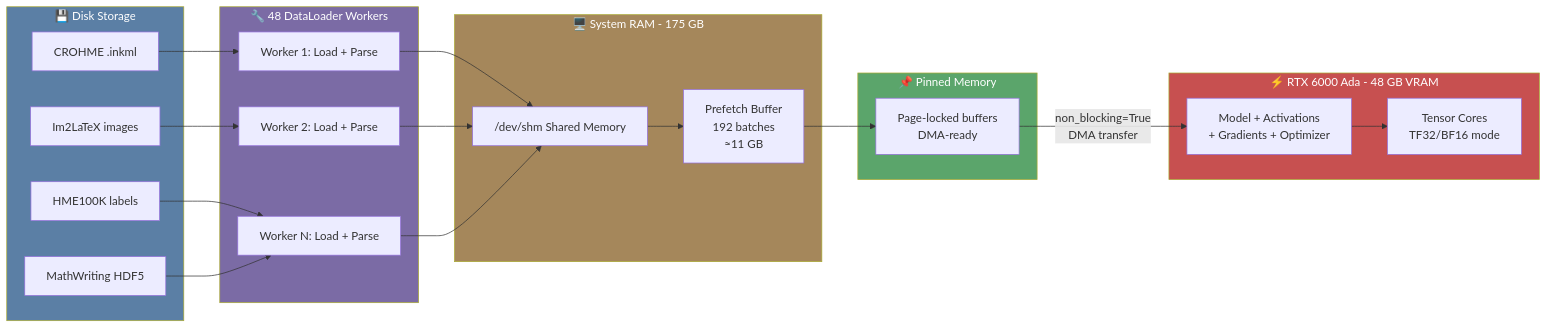
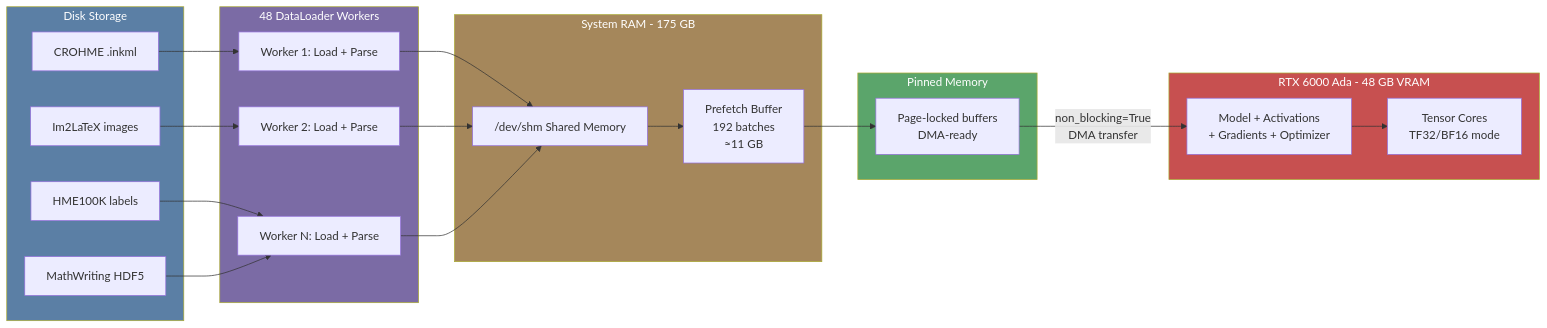
Before and after one commit to Vtheonly/Obsidian_Notes: the diagram in AI/Projects/TAMER Project/TAMER 2/Chapter 9 - Training Infrastructure and Techniques/7. Hardware Optimization and GPU Utilization.md, drawn with Mermaid. The commit also changed 148 other files, not shown here.

````diff
--- a/AI/Projects/TAMER Project/TAMER 2/Chapter 9 - Training Infrastructure and Techniques/7. Hardware Optimization and GPU Utilization.md
+++ b/AI/Projects/TAMER Project/TAMER 2/Chapter 9 - Training Infrastructure and Techniques/7. Hardware Optimization and GPU Utilization.md
@@ -134,49 +134,49 @@
 ```mermaid
 flowchart LR
-    subgraph Disk["💾 Disk Storage"]
+    subgraph Disk[" Disk Storage"]
         D1[CROHME .inkml]
         D2[Im2LaTeX images]
         D3[HME100K labels]
         D4[MathWriting HDF5]
     end
 
-    subgraph Workers["🔧 48 DataLoader Workers"]
+    subgraph Workers[" 48 DataLoader Workers"]
         W1[Worker 1: Load + Parse]
         W2[Worker 2: Load + Parse]
         W3[Worker N: Load + Parse]
     end
 
-    subgraph SysRAM["🖥️ System RAM - 175 GB"]
+    subgraph SysRAM[" System RAM - 175 GB"]
         SM["/dev/shm Shared Memory"]
         PB["Prefetch Buffer\n192 batches\n≈11 GB"]
     end
 
-    subgraph PinnedMem["📌 Pinned Memory"]
+    subgraph PinnedMem[" Pinned Memory"]
         PM[Page-locked buffers\nDMA-ready]
     end
 
-    subgraph GPU["⚡ RTX 6000 Ada - 48 GB VRAM"]
+    subgraph GPU[" RTX 6000 Ada - 48 GB VRAM"]
         VRAM[Model + Activations\n+ Gradients + Optimizer]
         TC[Tensor Cores\nTF32/BF16 mode]
     end
 
     D1 --> W1
     D2 --> W2
     D3 --> W3
     D4 --> W3
     
     W1 --> SM
     W2 --> SM
     W3 --> SM
     
     SM --> PB
     PB --> PM
     PM -->|"non_blocking=True\nDMA transfer"| VRAM
     VRAM --> TC
 
     style Disk fill:#5b7fa5,color:#fff
     style Workers fill:#7b6ba5,color:#fff
     style SysRAM fill:#a5875b,color:#fff
     style PinnedMem fill:#5ba56b,color:#fff
     style GPU fill:#c75050,color:#fff
 ```
````
